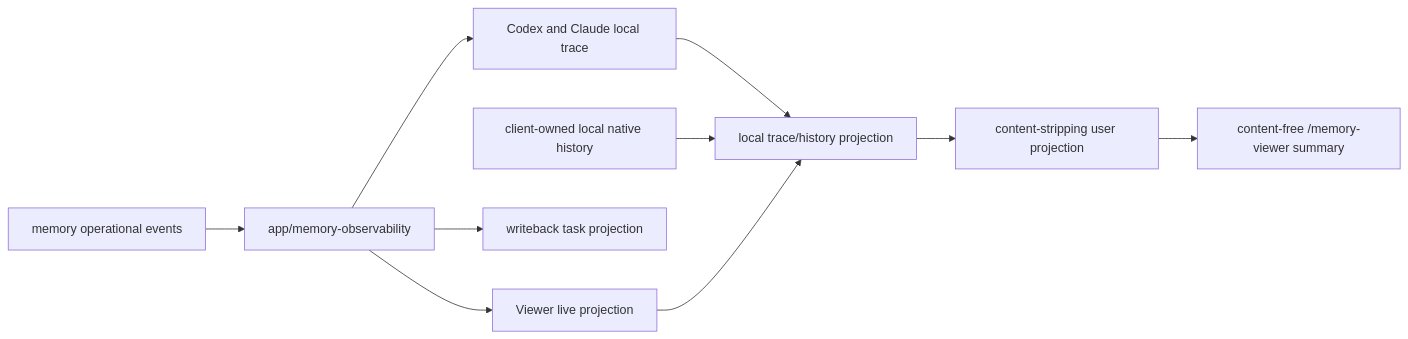
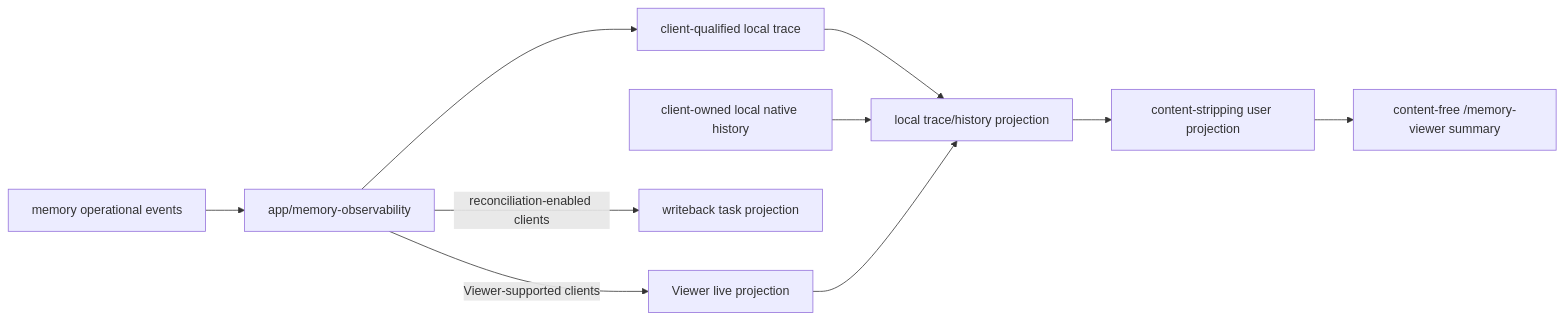
Before and after one commit to memorax-ai/memorax-code: the fifth of 6 diagrams in ARCHITECTURE.md, drawn with Mermaid. The commit also changed other lines of this file and 2 other files, not shown here.

Commit message:
docs:(dsh) document local trace boundaries

````diff
--- a/ARCHITECTURE.md
+++ b/ARCHITECTURE.md
@@ -520,22 +522,22 @@
 ```mermaid
 flowchart LR
   Events["memory operational events"]
   Fanout["app/memory-observability"]
-  Trace["Codex and Claude local trace"]
+  Trace["client-qualified local trace"]
   ViewerSink["Viewer live projection"]
   TaskProjection["writeback task projection"]
   NativeHistory["client-owned local native history"]
   ViewerStore["local trace/history projection"]
   UserProjection["content-stripping user projection"]
   PublicViewer["content-free /memory-viewer summary"]
 
   Events --> Fanout
   Fanout --> Trace
-  Fanout --> ViewerSink
-  Fanout --> TaskProjection
+  Fanout -->|"Viewer-supported clients"| ViewerSink
+  Fanout -->|"reconciliation-enabled clients"| TaskProjection
   Trace --> ViewerStore
   NativeHistory --> ViewerStore
   ViewerSink --> ViewerStore
   ViewerStore --> UserProjection
   UserProjection --> PublicViewer
 ```
````
